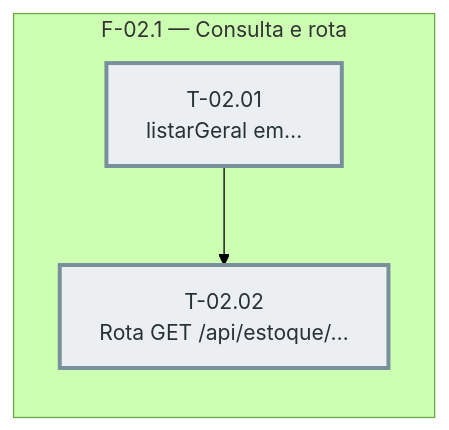
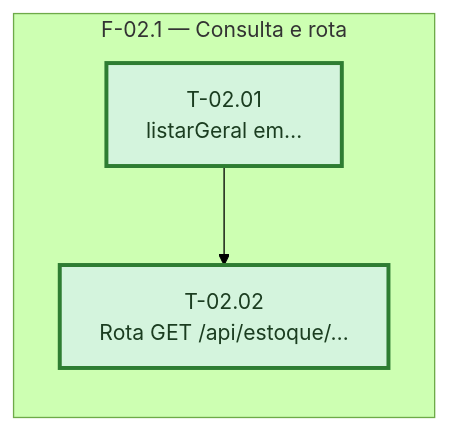
Before and after one commit to nymbuslab/bot-restaurante: the diagram in docs/sprintx/features/extrato-geral-estoque/sprint-02/fases.md, drawn with Mermaid (forest theme). The commit also changed other lines of this file and 23 other files, not shown here.

````diff
--- a/docs/sprintx/features/extrato-geral-estoque/sprint-02/fases.md
+++ b/docs/sprintx/features/extrato-geral-estoque/sprint-02/fases.md
@@ -18,20 +18,20 @@
 ```mermaid
 %% Grafo de tasks — sprint-02 — gerado pela sprintx a partir de tasks.md
 flowchart LR
   subgraph fase_02_1["F-02.1 — Consulta e rota"]
     T_02_01["T-02.01<br/>listarGeral em…"]
     T_02_02["T-02.02<br/>Rota GET /api/estoque/…"]
   end
 
   T_02_01 --> T_02_02
 
   classDef concluida fill:#d4f4dd,stroke:#2e7d32,color:#1b3d20
   classDef andamento fill:#fff3cd,stroke:#b8860b,color:#4a3800
   classDef bloqueada fill:#f8d7da,stroke:#c62828,color:#4a1d1f
   classDef pendente  fill:#eceff1,stroke:#78909c,color:#263238
   classDef critico   stroke-width:3px
 
-  class T_02_01 pendente
-  class T_02_02 pendente
+  class T_02_01 concluida
+  class T_02_02 concluida
   class T_02_01,T_02_02 critico
 ```
````
